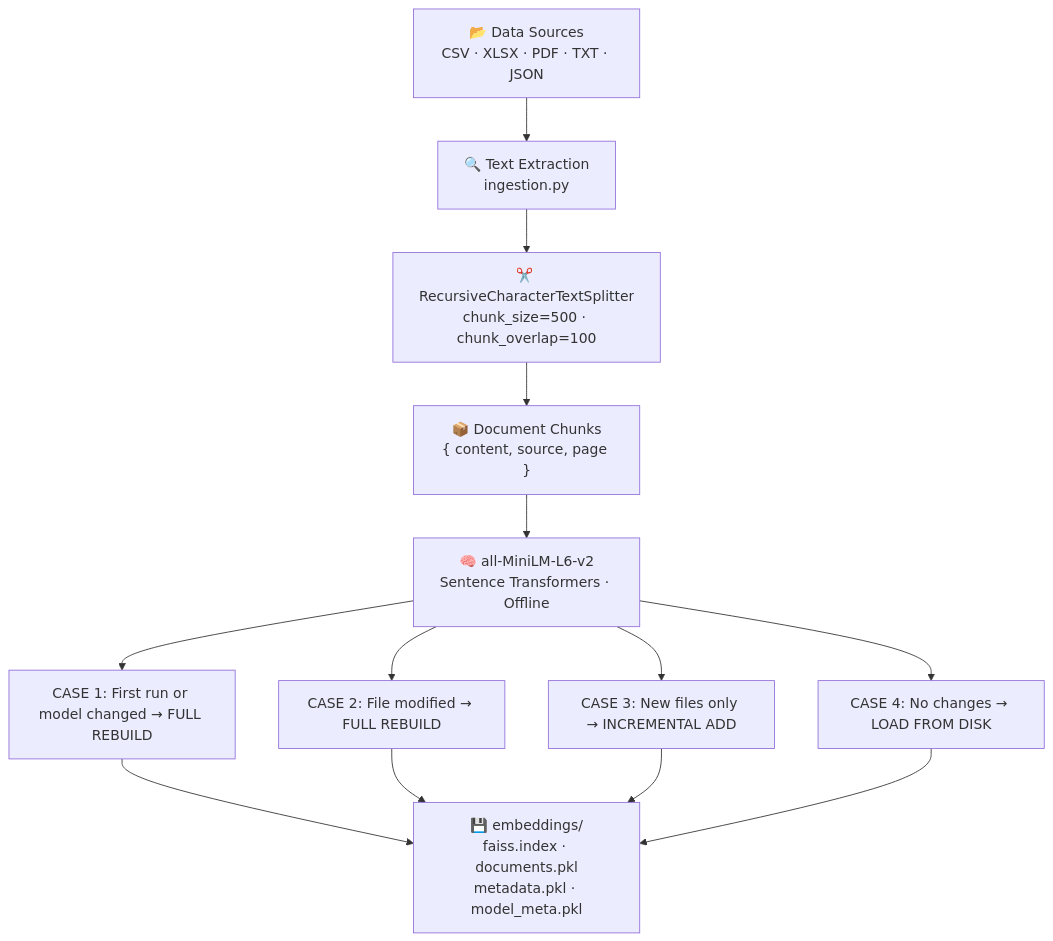
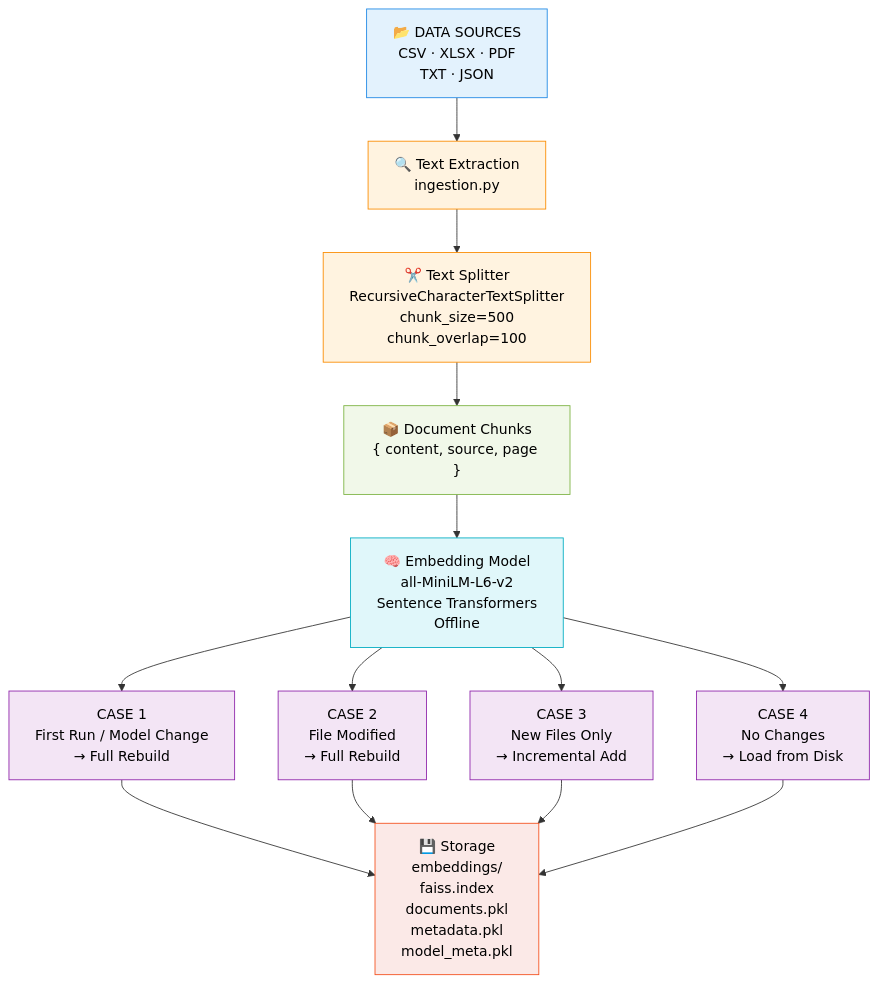
The second of 2 diagrams in README.md (RaghavaParisa/life_sciences_rag_chatbot), drawn with Mermaid before and after one commit. The commit also changed other lines of this file, not shown here.

````diff
--- a/README.md
+++ b/README.md
@@ -153,20 +180,49 @@
 ```mermaid
 flowchart TD
-    SRC["📂 Data Sources\nCSV · XLSX · PDF · TXT · JSON"]
-    EXTRACT["🔍 Text Extraction\ningestion.py"]
-    SPLIT["✂️ RecursiveCharacterTextSplitter\nchunk_size=500 · chunk_overlap=100"]
-    CHUNKS["📦 Document Chunks\n{ content, source, page }"]
 
-    MODEL["🧠 all-MiniLM-L6-v2\nSentence Transformers · Offline"]
+    %% Nodes
+    SRC["📂 DATA SOURCES<br>CSV · XLSX · PDF<br>TXT · JSON"]
 
-    C1["CASE 1: First run or model changed → FULL REBUILD"]
-    C2["CASE 2: File modified → FULL REBUILD"]
-    C3["CASE 3: New files only → INCREMENTAL ADD"]
-    C4["CASE 4: No changes → LOAD FROM DISK"]
+    EXTRACT["🔍 Text Extraction<br>ingestion.py"]
 
-    STORE["💾 embeddings/\nfaiss.index · documents.pkl\nmetadata.pkl · model_meta.pkl"]
+    SPLIT["✂️ Text Splitter<br>RecursiveCharacterTextSplitter<br>chunk_size=500<br>chunk_overlap=100"]
 
+    CHUNKS["📦 Document Chunks<br>{ content, source, page }"]
+
+    MODEL["🧠 Embedding Model<br>all-MiniLM-L6-v2<br>Sentence Transformers<br>Offline"]
+
+    C1["CASE 1<br>First Run / Model Change<br>→ Full Rebuild"]
+
+    C2["CASE 2<br>File Modified<br>→ Full Rebuild"]
+
+    C3["CASE 3<br>New Files Only<br>→ Incremental Add"]
+
+    C4["CASE 4<br>No Changes<br>→ Load from Disk"]
+
+    STORE["💾 Storage<br>embeddings/<br>faiss.index<br>documents.pkl<br>metadata.pkl<br>model_meta.pkl"]
     SRC --> EXTRACT --> SPLIT --> CHUNKS --> MODEL
-    MODEL --> C1 & C2 & C3 & C4
-    C1 & C2 & C3 & C4 --> STORE
+    MODEL --> C1
+    MODEL --> C2
+    MODEL --> C3
+    MODEL --> C4
+    C1 --> STORE
+    C2 --> STORE
+    C3 --> STORE
+    C4 --> STORE
+
+    %% Color Classes
+    classDef source fill:#E3F2FD,stroke:#1E88E5,stroke-width:1px,color:#000;
+    classDef process fill:#FFF3E0,stroke:#FB8C00,stroke-width:1px,color:#000;
+    classDef chunk fill:#F1F8E9,stroke:#7CB342,stroke-width:1px,color:#000;
+    classDef model fill:#E0F7FA,stroke:#00ACC1,stroke-width:1px,color:#000;
+    classDef logic fill:#F3E5F5,stroke:#8E24AA,stroke-width:1px,color:#000;
+    classDef storage fill:#FBE9E7,stroke:#F4511E,stroke-width:1px,color:#000;
+
+    %% Apply Classes
+    class SRC source;
+    class EXTRACT,SPLIT process;
+    class CHUNKS chunk;
+    class MODEL model;
+    class C1,C2,C3,C4 logic;
+    class STORE storage;
 ```
````
